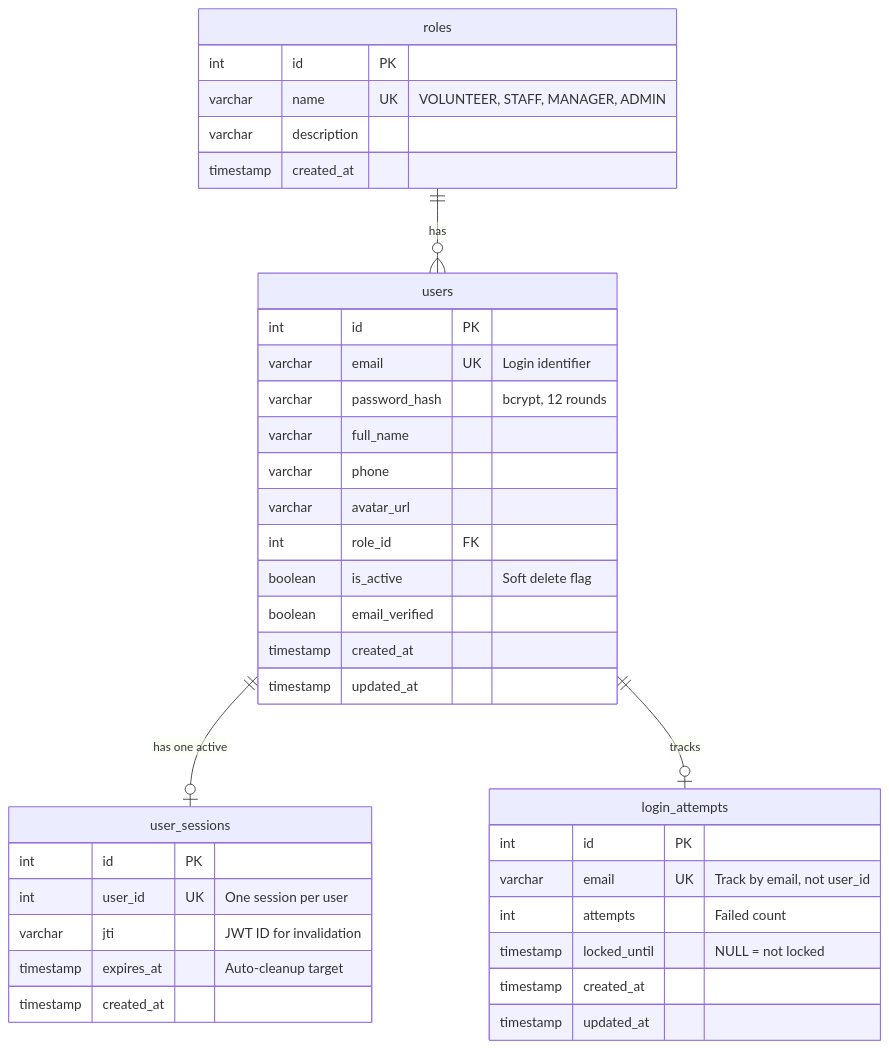
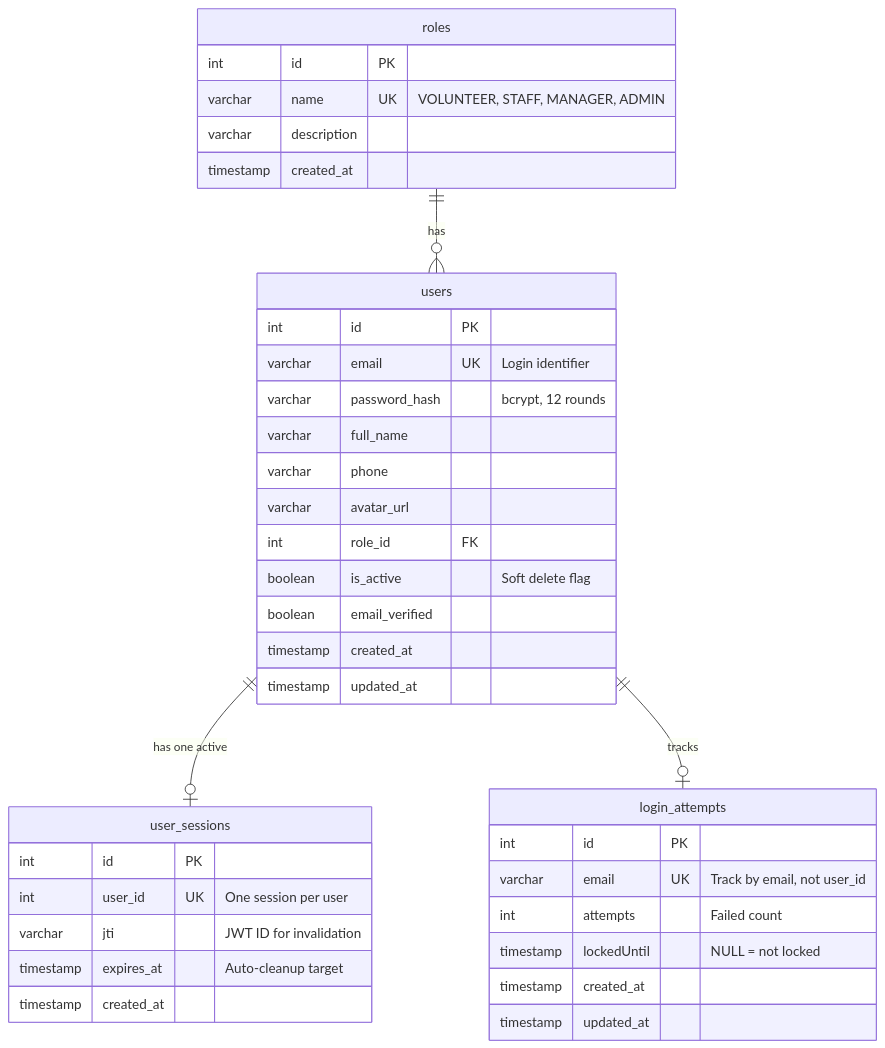
Before and after one commit to cuong-freefire/VMS: the diagram in .sdd/CuongLH/UC03-feat-auth-login/data-model.md, drawn with Mermaid. The commit also changed other lines of this file and 23 other files, not shown here.

````diff
--- a/.sdd/CuongLH/UC03-feat-auth-login/data-model.md
+++ b/.sdd/CuongLH/UC03-feat-auth-login/data-model.md
@@ -24,44 +25,44 @@
 ```mermaid
 erDiagram
     roles ||--o{ users : "has"
     users ||--o| user_sessions : "has one active"
     users ||--o| login_attempts : "tracks"
     
     roles {
         int id PK
         varchar name UK "VOLUNTEER, STAFF, MANAGER, ADMIN"
         varchar description
         timestamp created_at
     }
     
     users {
         int id PK
         varchar email UK "Login identifier"
         varchar password_hash "bcrypt, 12 rounds"
         varchar full_name
         varchar phone
         varchar avatar_url
         int role_id FK
         boolean is_active "Soft delete flag"
         boolean email_verified
         timestamp created_at
         timestamp updated_at
     }
     
     user_sessions {
         int id PK
         int user_id UK "One session per user"
         varchar jti "JWT ID for invalidation"
         timestamp expires_at "Auto-cleanup target"
         timestamp created_at
     }
     
     login_attempts {
         int id PK
         varchar email UK "Track by email, not user_id"
         int attempts "Failed count"
-        timestamp locked_until "NULL = not locked"
+        timestamp lockedUntil "NULL = not locked"
         timestamp created_at
         timestamp updated_at
     }
 ```
````
